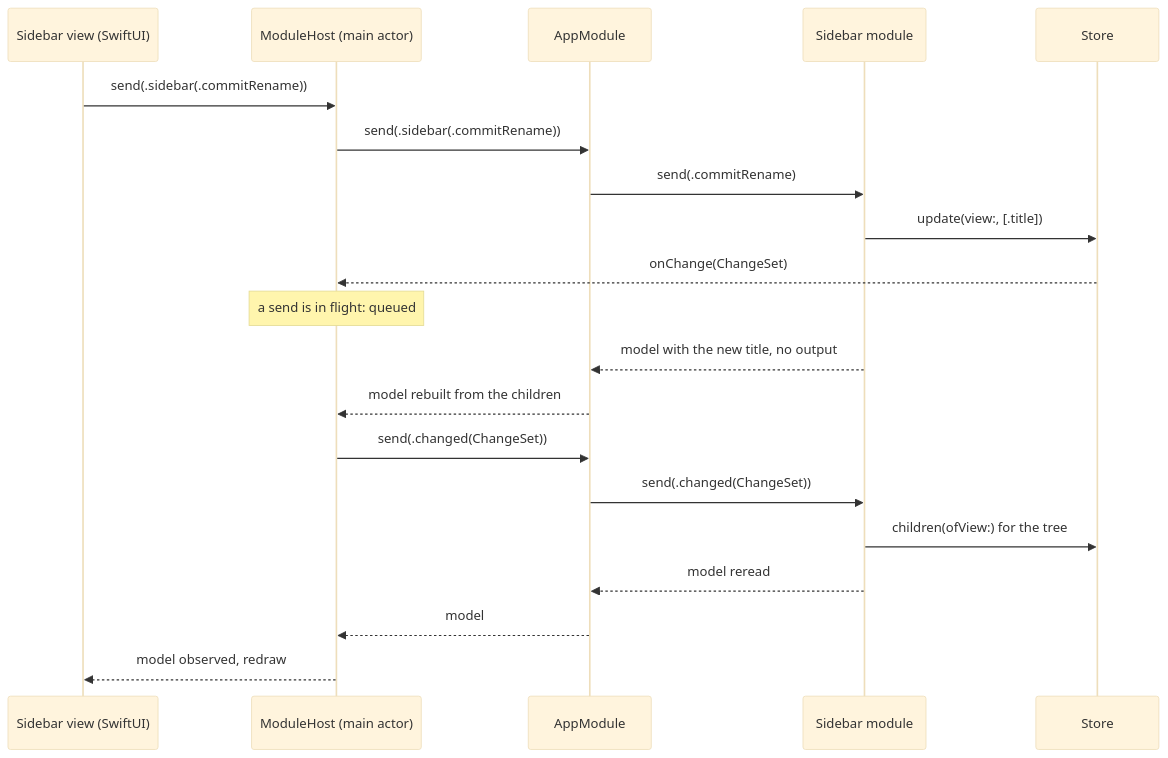
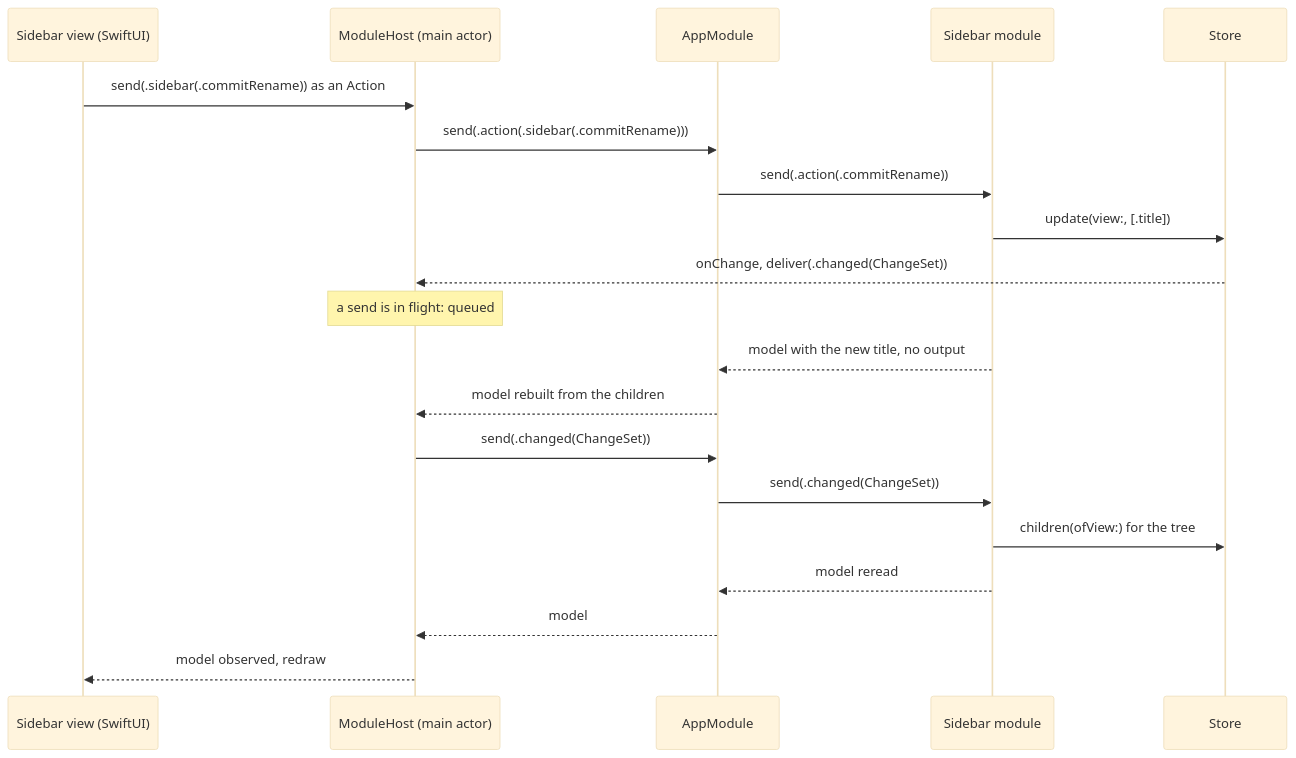
Before and after one commit to maldrakar/todo-app: the second of 3 diagrams in docs/specs/feature-module-architecture.md, drawn with Mermaid (base theme). The commit also changed other lines of this file, not shown here.

````diff
--- a/docs/specs/feature-module-architecture.md
+++ b/docs/specs/feature-module-architecture.md
@@ -208,22 +214,22 @@
 ```mermaid
 sequenceDiagram
   participant View as Sidebar view (SwiftUI)
   participant Host as ModuleHost (main actor)
   participant Root as AppModule
   participant Sidebar as Sidebar module
   participant Store as Store
-  View->>Host: send(.sidebar(.commitRename))
-  Host->>Root: send(.sidebar(.commitRename))
-  Root->>Sidebar: send(.commitRename)
+  View->>Host: send(.sidebar(.commitRename)) as an Action
+  Host->>Root: send(.action(.sidebar(.commitRename)))
+  Root->>Sidebar: send(.action(.commitRename))
   Sidebar->>Store: update(view:, [.title])
-  Store-->>Host: onChange(ChangeSet)
+  Store-->>Host: onChange, deliver(.changed(ChangeSet))
   Note over Host: a send is in flight: queued
   Sidebar-->>Root: model with the new title, no output
   Root-->>Host: model rebuilt from the children
   Host->>Root: send(.changed(ChangeSet))
   Root->>Sidebar: send(.changed(ChangeSet))
   Sidebar->>Store: children(ofView:) for the tree
   Sidebar-->>Root: model reread
   Root-->>Host: model
   Host-->>View: model observed, redraw
 ```
````
